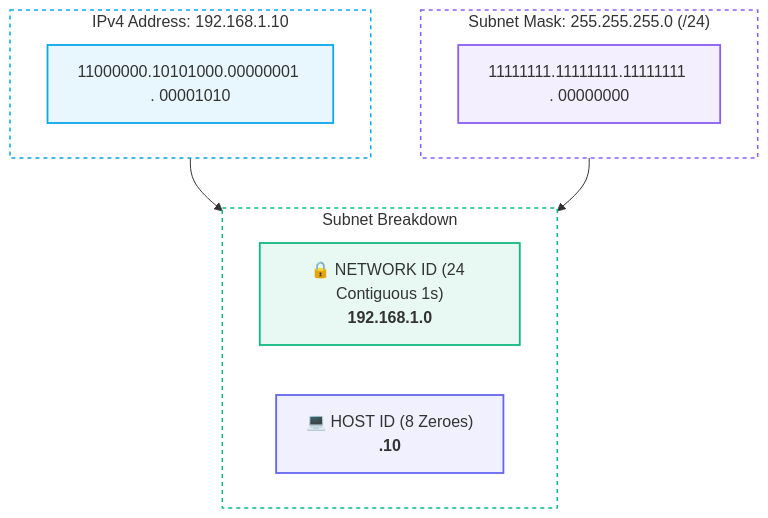
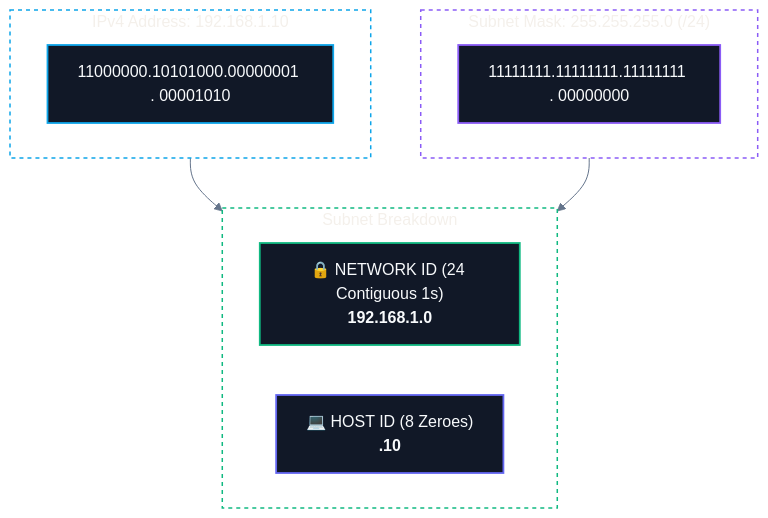
Before and after one commit to abhinavbharti2345/CS_Notes: the first of 2 diagrams in CS/Computer Networking/03. IP Addressing & Subnetting/03. Subnet Masks and CIDR Notation.md, drawn with Mermaid. The commit also changed other lines of this file and 195 other files, not shown here.

````diff
--- a/CS/Computer Networking/03. IP Addressing & Subnetting/03. Subnet Masks and CIDR Notation.md
+++ b/CS/Computer Networking/03. IP Addressing & Subnetting/03. Subnet Masks and CIDR Notation.md
@@ -26,31 +26,32 @@
 ```mermaid
+%%{init: {'theme': 'base', 'themeVariables': { 'darkMode': true, 'background': '#0B0F14', 'mainBkg': '#111827', 'primaryColor': '#111827', 'primaryTextColor': '#F8FAFC', 'primaryBorderColor': '#38BDF8', 'lineColor': '#64748B', 'secondaryColor': '#0B0F14', 'tertiaryColor': '#0B0F14', 'clusterBkg': '#0B0F14', 'clusterBorder': '#38BDF8' }}}%%
 flowchart TD
     subgraph IPAddress["IPv4 Address: 192.168.1.10"]
         IP["11000000.10101000.00000001 . 00001010"]
     end
     
     subgraph SubnetMask["Subnet Mask: 255.255.255.0 (/24)"]
         Mask["11111111.11111111.11111111 . 00000000"]
     end
 
     subgraph Result["Subnet Breakdown"]
         Net["🔒 NETWORK ID (24 Contiguous 1s)<br><b>192.168.1.0</b>"]
         Host["💻 HOST ID (8 Zeroes)<br><b>.10</b>"]
     end
 
     IPAddress & SubnetMask --> Result
 
     style IPAddress fill:none,stroke:#0ea5e9,stroke-width:1.5px,stroke-dasharray:4 4
     style SubnetMask fill:none,stroke:#8b5cf6,stroke-width:1.5px,stroke-dasharray:4 4
     style Result fill:none,stroke:#10b981,stroke-width:1.5px,stroke-dasharray:4 4
 
-    classDef ip fill:#0ea5e918,stroke:#0ea5e9,stroke-width:1.8px;
-    classDef mask fill:#8b5cf618,stroke:#8b5cf6,stroke-width:1.8px;
-    classDef net fill:#10b98118,stroke:#10b981,stroke-width:1.8px;
-    classDef host fill:#6366f118,stroke:#6366f1,stroke-width:1.8px;
+    classDef ip fill:#111827,stroke:#0ea5e9,stroke-width:1.8px,color:#F8FAFC;
+    classDef mask fill:#111827,stroke:#8b5cf6,stroke-width:1.8px,color:#F8FAFC;
+    classDef net fill:#111827,stroke:#10b981,stroke-width:1.8px,color:#F8FAFC;
+    classDef host fill:#111827,stroke:#6366f1,stroke-width:1.8px,color:#F8FAFC;
 
     class IP ip;
     class Mask mask;
     class Net net;
     class Host host;
 ```
````
